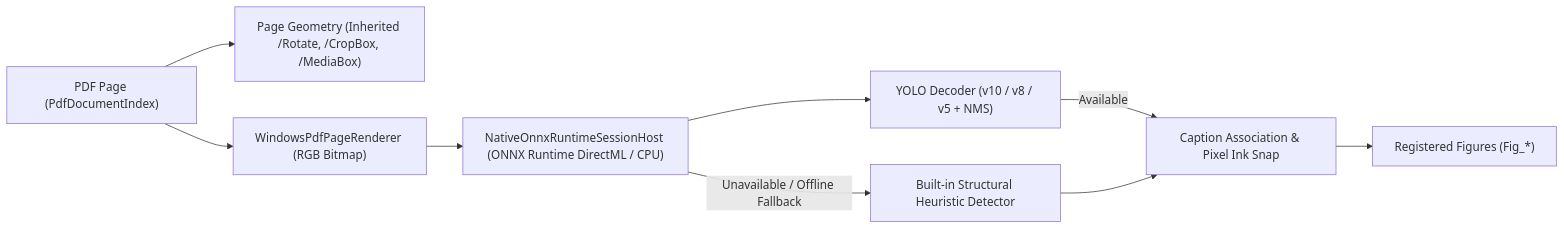
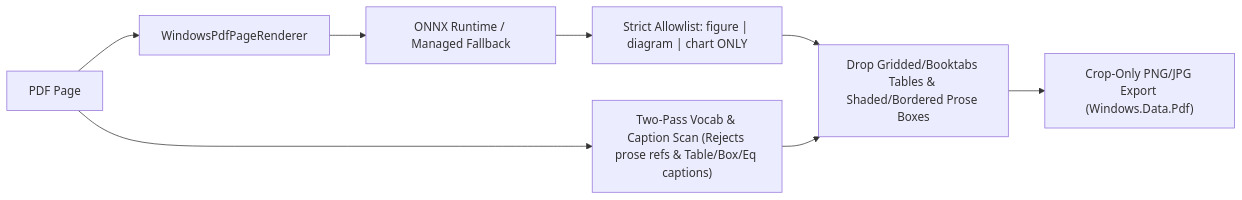
Before and after one commit to doc-shashank/meloberry-melomg: the diagram in docs/ONNX_AND_DETECTION.md, drawn with Mermaid. The commit also changed other lines of this file and 52 other files, not shown here.

Commit message:
Optimizations and better AGENT support, limited the extraction capability to Figures, Diagrams and Charts only for now. Added automatic image tagging, added precision image extraction (eg giving arguments as "1.1" will extract the said image from the uploaded PDF. v2.1.0 release

````diff
--- a/docs/ONNX_AND_DETECTION.md
+++ b/docs/ONNX_AND_DETECTION.md
@@ -22,11 +14,10 @@
 ```mermaid
 flowchart LR
-    PDF["PDF Page (PdfDocumentIndex)"] --> Meta["Page Geometry (Inherited /Rotate, /CropBox, /MediaBox)"]
-    PDF --> Render["WindowsPdfPageRenderer (RGB Bitmap)"]
-    Render --> ORT["NativeOnnxRuntimeSessionHost (ONNX Runtime DirectML / CPU)"]
-    ORT --> Decode["YOLO Decoder (v10 / v8 / v5 + NMS)"]
-    Decode -->|Available| Fusion["Caption Association & Pixel Ink Snap"]
-    ORT -->|Unavailable / Offline Fallback| Fallback["Built-in Structural Heuristic Detector"]
-    Fallback --> Fusion
-    Fusion --> Figures["Registered Figures (Fig_*)"]
+    PDF["PDF Page"] --> Scan["Two-Pass Vocab & Caption Scan (Rejects prose refs & Table/Box/Eq captions)"]
+    PDF --> Render["WindowsPdfPageRenderer"]
+    Render --> ORT["ONNX Runtime / Managed Fallback"]
+    ORT --> Allow["Strict Allowlist: figure | diagram | chart ONLY"]
+    Allow --> Filter["Drop Gridded/Booktabs Tables & Shaded/Bordered Prose Boxes"]
+    Scan --> Filter
+    Filter --> Crop["Crop-Only PNG/JPG Export (Windows.Data.Pdf)"]
 ```
````
